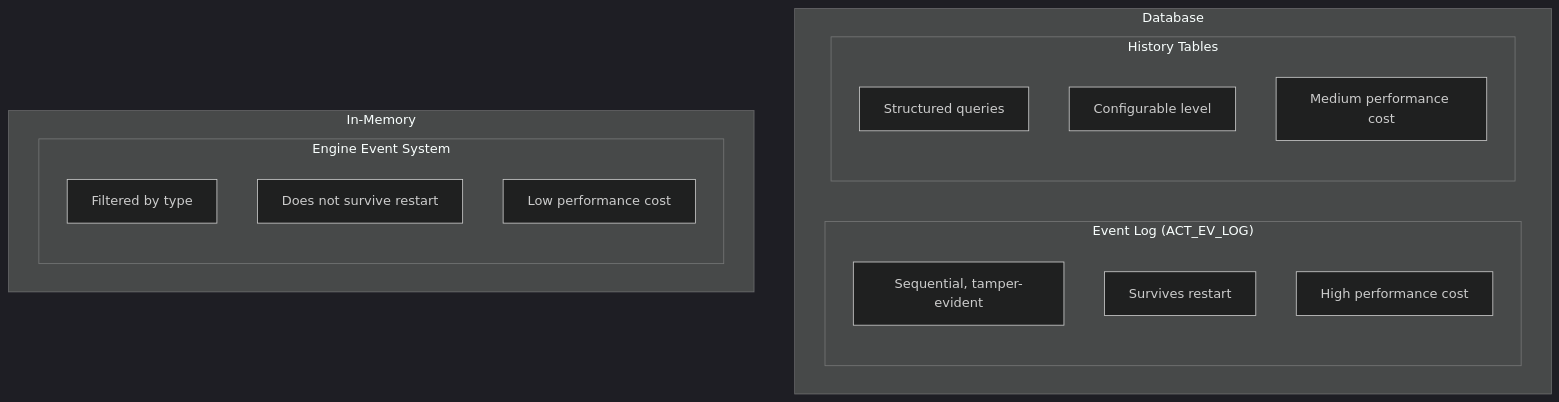
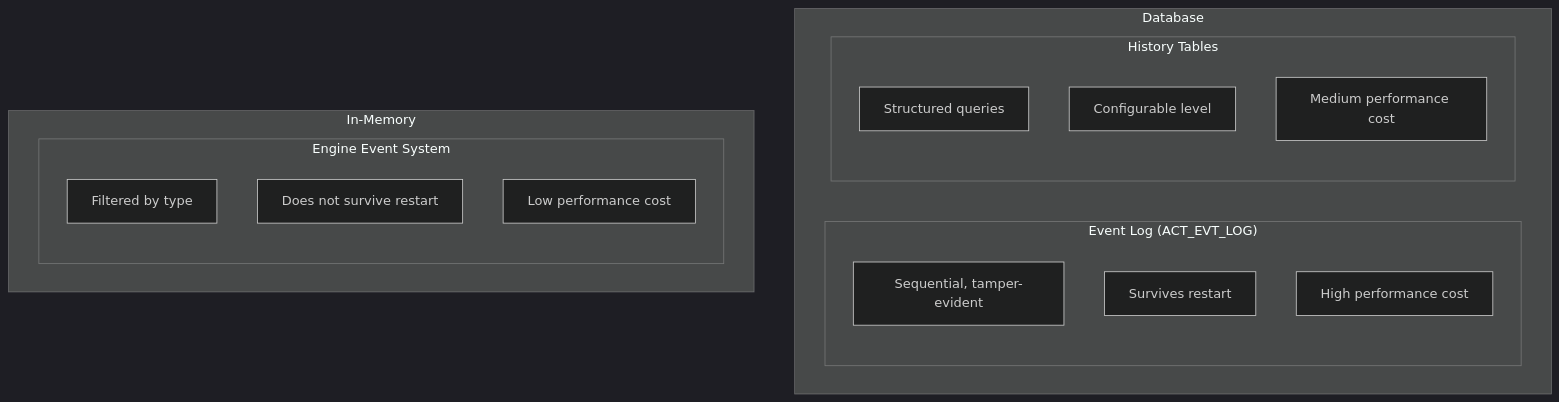
Before and after one commit to CaptainGlac1er/activiti-documentation: the first of 2 diagrams in docs/advanced/database-event-logging.md, drawn with Mermaid (dark theme). The commit also changed other lines of this file and 38 other files, not shown here.

````diff
--- a/docs/advanced/database-event-logging.md
+++ b/docs/advanced/database-event-logging.md
@@ -129,22 +129,22 @@
 ```mermaid
 graph TD
     subgraph DB["Database"]
-        subgraph EventLog["Event Log (ACT_EV_LOG)"]
+        subgraph EventLog["Event Log (ACT_EVT_LOG)"]
             EL1["Sequential, tamper-evident"]
             EL2["Survives restart"]
             EL3["High performance cost"]
         end
         subgraph History["History Tables"]
             H1["Structured queries"]
             H2["Configurable level"]
             H3["Medium performance cost"]
         end
     end
     subgraph InMemory["In-Memory"]
         subgraph EngineEvents["Engine Event System"]
             EE1["Filtered by type"]
             H4["Does not survive restart"]
             EE2["Low performance cost"]
         end
     end
 ```
````
